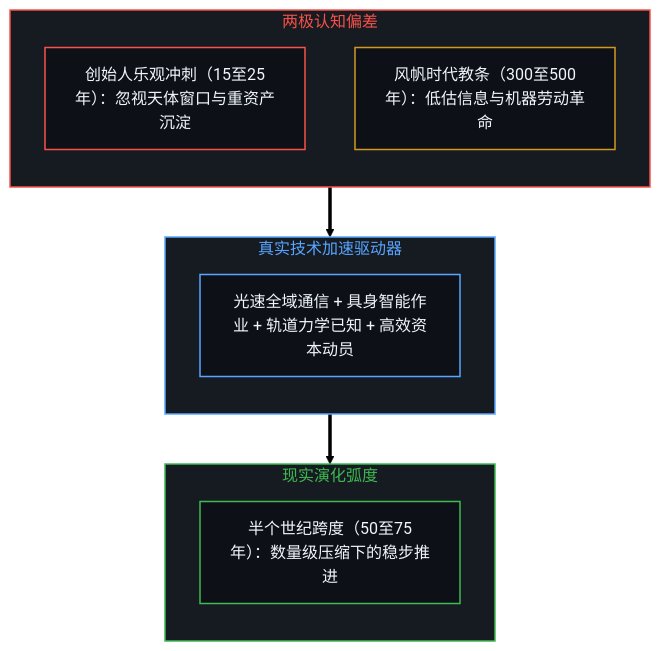
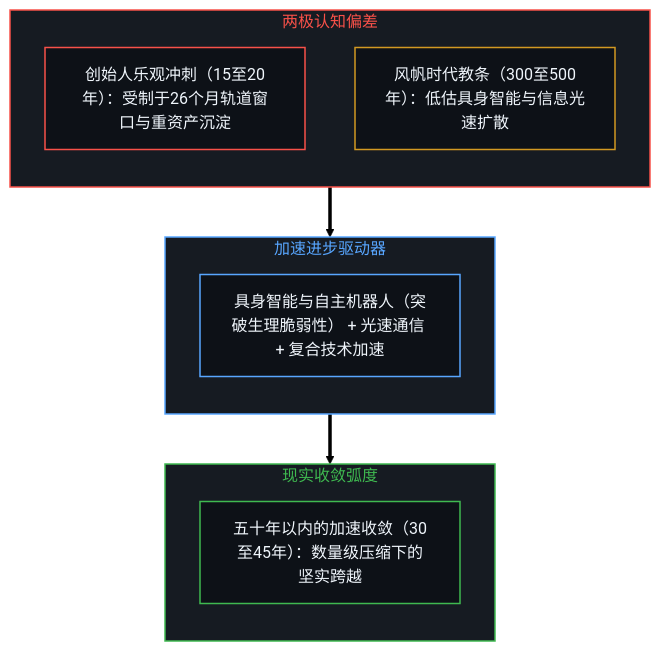
The ninth of 14 diagrams in content/posts/beyond-the-hundred-trillion-horizon.md (powerpig99/not-a-toe), drawn with Mermaid (forest theme) before and after one commit. The commit also changed other lines of this file and 4 other files, not shown here.

````diff
--- a/content/posts/beyond-the-hundred-trillion-horizon.md
+++ b/content/posts/beyond-the-hundred-trillion-horizon.md
@@ -355,31 +365,31 @@
 ```mermaid
 flowchart TD
     classDef default fill:#0d1117,stroke:#30363d,stroke-width:1px,color:#f0f6fc;
     classDef mind fill:#0d1117,stroke:#3fb950,stroke-width:1.5px,color:#f0f6fc;
     classDef warn fill:#0d1117,stroke:#d29922,stroke-width:1.5px,color:#f0f6fc;
     classDef fail fill:#0d1117,stroke:#f85149,stroke-width:1.5px,color:#f0f6fc;
     classDef model fill:#0d1117,stroke:#58a6ff,stroke-width:1.5px,color:#f0f6fc;
 
     subgraph S_EXTREMES_ZH ["两极认知偏差"]
         direction TB
-        SPRINT["创始人乐观冲刺（15至25年）：忽视天体窗口与重资产沉淀"]:::fail
-        SAIL["风帆时代教条（300至500年）：低估信息与机器劳动革命"]:::warn
+        SPRINT["创始人乐观冲刺（15至20年）：受制于26个月轨道窗口与重资产沉淀"]:::fail
+        SAIL["风帆时代教条（300至500年）：低估具身智能与信息光速扩散"]:::warn
     end
 
-    subgraph S_DRIVERS_ZH ["真实技术加速驱动器"]
+    subgraph S_DRIVERS_ZH ["加速进步驱动器"]
         direction TB
-        ACCEL["光速全域通信 + 具身智能作业 + 轨道力学已知 + 高效资本动员"]:::model
+        ACCEL["具身智能与自主机器人（突破生理脆弱性） + 光速通信 + 复合技术加速"]:::model
     end
 
-    subgraph S_REALITY_ZH ["现实演化弧度"]
+    subgraph S_REALITY_ZH ["现实收敛弧度"]
         direction TB
-        WINDOW["半个世纪跨度（50至75年）：数量级压缩下的稳步推进"]:::mind
+        WINDOW["五十年以内的加速收敛（30至45年）：数量级压缩下的坚实跨越"]:::mind
     end
 
     S_EXTREMES_ZH ==> S_DRIVERS_ZH
     S_DRIVERS_ZH ==> S_REALITY_ZH
 
     style S_EXTREMES_ZH fill:#161b22,stroke:#f85149,stroke-width:1.5px,color:#f85149
     style S_DRIVERS_ZH fill:#161b22,stroke:#58a6ff,stroke-width:1.5px,color:#58a6ff
     style S_REALITY_ZH fill:#161b22,stroke:#3fb950,stroke-width:1.5px,color:#3fb950
 ```
````
